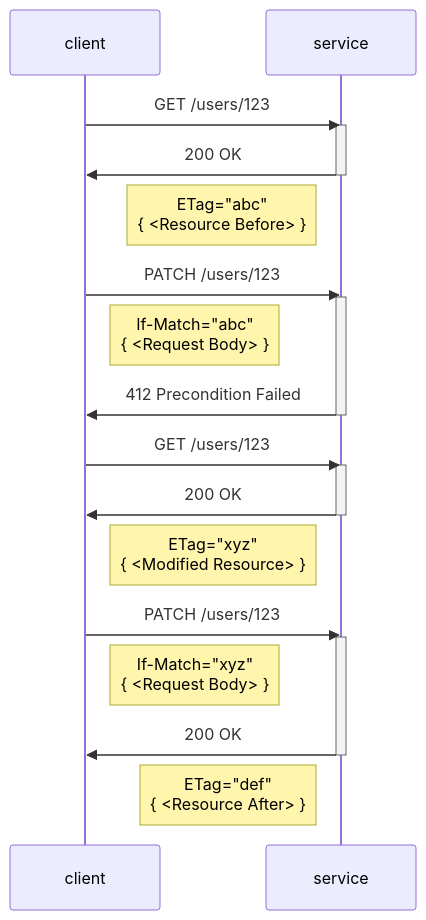
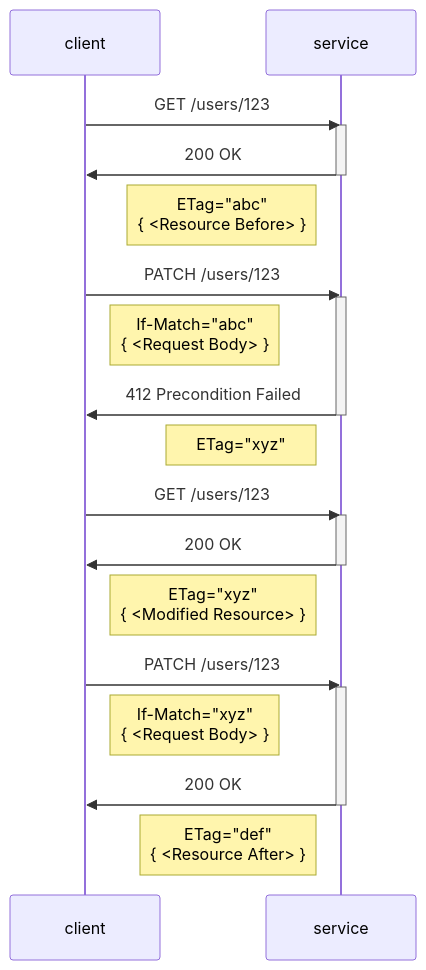
The sixth of 7 diagrams in patch-models/samples.md (annelo-msft/gists), drawn with Mermaid before and after one commit.

Commit message:
update ETag HTTP ex

````diff
--- a/patch-models/samples.md
+++ b/patch-models/samples.md
@@ -796,24 +796,25 @@
 ```mermaid
 sequenceDiagram
     client->>service: GET /users/123
     activate service
     service->>client: 200 OK
     deactivate service
     Note left of service: ETag="abc"<br>{ <Resource Before> }
     client->>service: PATCH /users/123
     activate service
     Note right of client: If-Match="abc"<br>{ <Request Body> }
     service->>client: 412 Precondition Failed
     deactivate service
+    Note left of service: ETag="xyz"
     client->>service: GET /users/123
     activate service
     service->>client: 200 OK
     deactivate service
     Note left of service: ETag="xyz"<br>{ <Modified Resource> }
     client->>service: PATCH /users/123
     activate service
     Note right of client: If-Match="xyz"<br>{ <Request Body> }
     service->>client: 200 OK
     deactivate service
     Note left of service: ETag="def"<br>{ <Resource After> }
 ```
````
